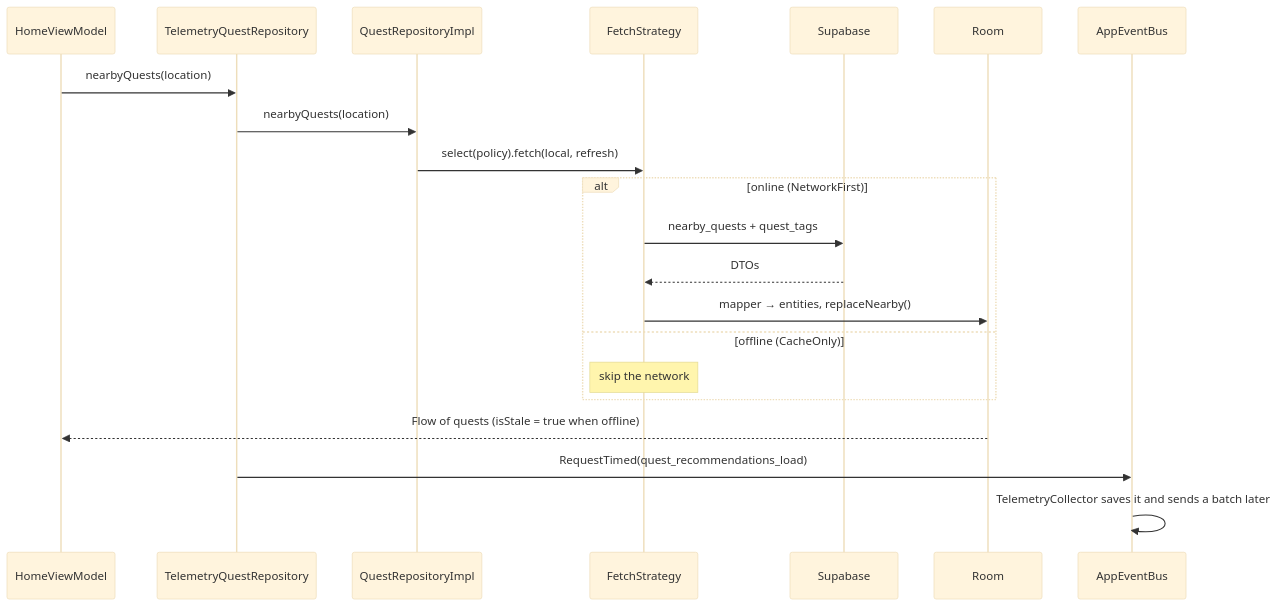
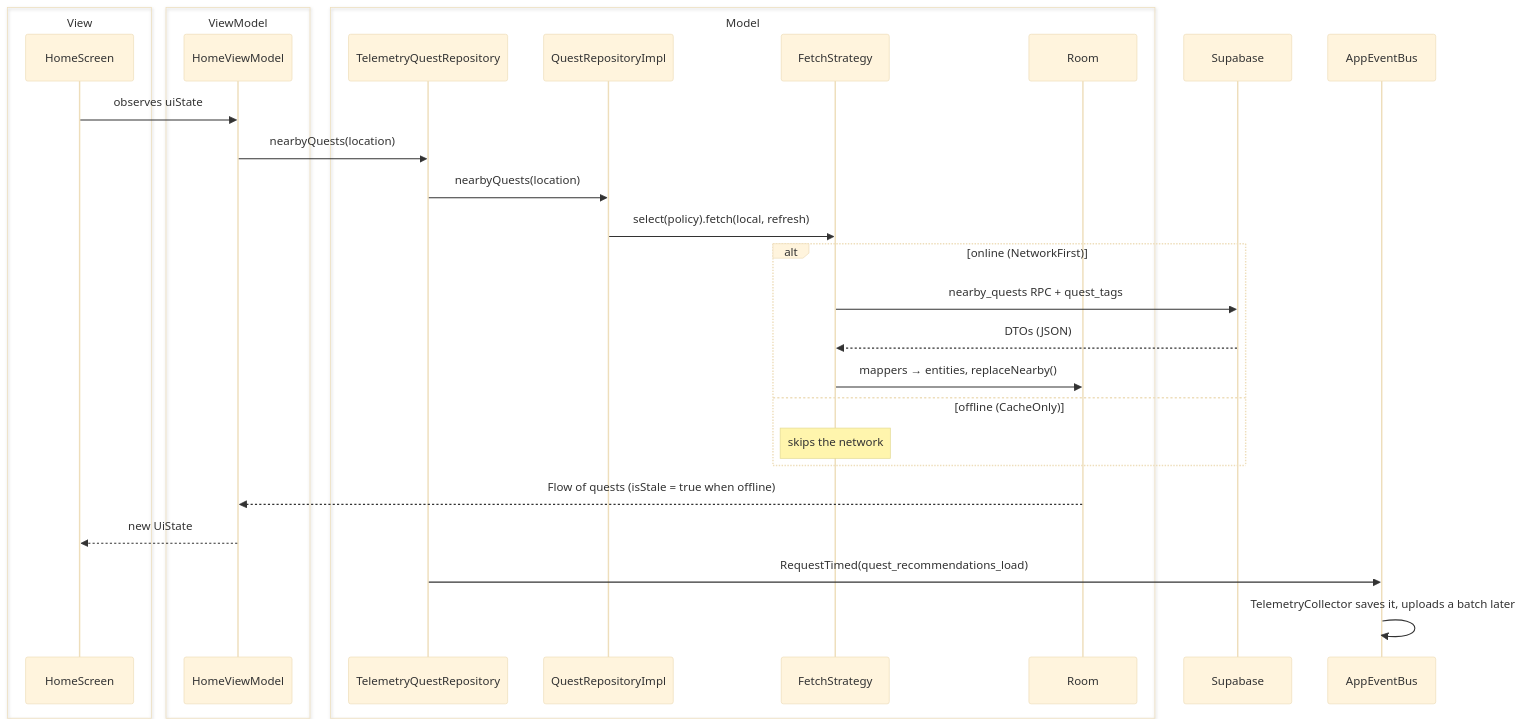
One commit to jdgutierrezr/wandr-android changed the fourth of 6 diagrams in docs/ARCHITECTURE.md. Above: the diagram before and after it, drawn with Mermaid (base theme). The commit also changed other lines of this file and 13 other files, not shown here.

````diff
--- a/docs/ARCHITECTURE.md
+++ b/docs/ARCHITECTURE.md
@@ -89,24 +253,33 @@
 ```mermaid
 sequenceDiagram
-    participant VM as HomeViewModel
-    participant D as TelemetryQuestRepository
-    participant R as QuestRepositoryImpl
-    participant S as FetchStrategy
+    box View
+        participant UI as HomeScreen
+    end
+    box ViewModel
+        participant VM as HomeViewModel
+    end
+    box Model
+        participant D as TelemetryQuestRepository
+        participant R as QuestRepositoryImpl
+        participant S as FetchStrategy
+        participant DB as Room
+    end
     participant API as Supabase
-    participant DB as Room
     participant Bus as AppEventBus
 
+    UI->>VM: observes uiState
     VM->>D: nearbyQuests(location)
     D->>R: nearbyQuests(location)
     R->>S: select(policy).fetch(local, refresh)
     alt online (NetworkFirst)
-        S->>API: nearby_quests + quest_tags
-        API-->>S: DTOs
-        S->>DB: mapper → entities, replaceNearby()
+        S->>API: nearby_quests RPC + quest_tags
+        API-->>S: DTOs (JSON)
+        S->>DB: mappers → entities, replaceNearby()
     else offline (CacheOnly)
-        Note over S: skip the network
+        Note over S: skips the network
     end
     DB-->>VM: Flow of quests (isStale = true when offline)
+    VM-->>UI: new UiState
     D->>Bus: RequestTimed(quest_recommendations_load)
-    Bus->>Bus: TelemetryCollector saves it and sends a batch later
+    Bus->>Bus: TelemetryCollector saves it, uploads a batch later
 ```
````
